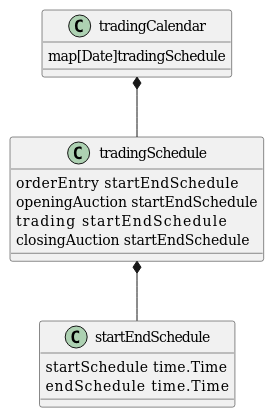
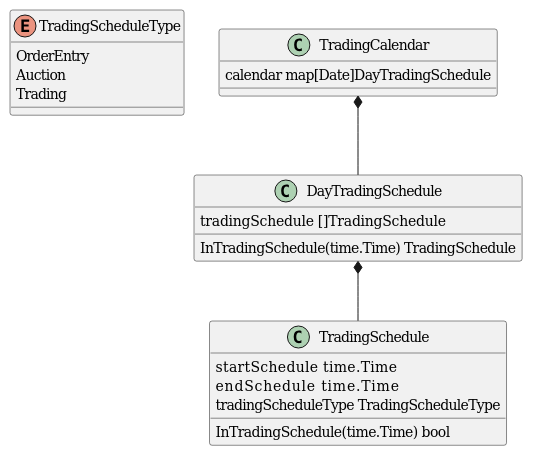
One commit to systematicmethods/orderbook changed the diagram in doc/Trading Calendar Classes.puml. Above: the diagram before and after it, drawn with PlantUML. The commit also changed 19 other files, not shown here.

```diff
--- a/doc/Trading Calendar Classes.puml
+++ b/doc/Trading Calendar Classes.puml
@@ -1,25 +1,31 @@
 @startuml
 skinparam defaultFontName Consolas
 
+' There maybe one or more of these in a given day
+enum TradingScheduleType {
+    OrderEntry
+    Auction
+    Trading
+}
 
-class startEndSchedule {
+class TradingSchedule {
     startSchedule       time.Time
     endSchedule         time.Time
+    tradingScheduleType TradingScheduleType
+    InTradingSchedule(time.Time)  bool
 }
 
-class tradingSchedule {
-	orderEntry          startEndSchedule
-    openingAuction      startEndSchedule
-    trading             startEndSchedule
-    closingAuction      startEndSchedule
+class DayTradingSchedule {
+	tradingSchedule     []TradingSchedule
+    InTradingSchedule(time.Time)  TradingSchedule
 }
-tradingSchedule *-- startEndSchedule
+DayTradingSchedule *-- TradingSchedule
 
 
-class tradingCalendar {
-    map[Date]tradingSchedule
+class TradingCalendar {
+    calendar map[Date]DayTradingSchedule
 }
-tradingCalendar *-- tradingSchedule
+TradingCalendar *-- DayTradingSchedule
 
 
 @enduml
```
